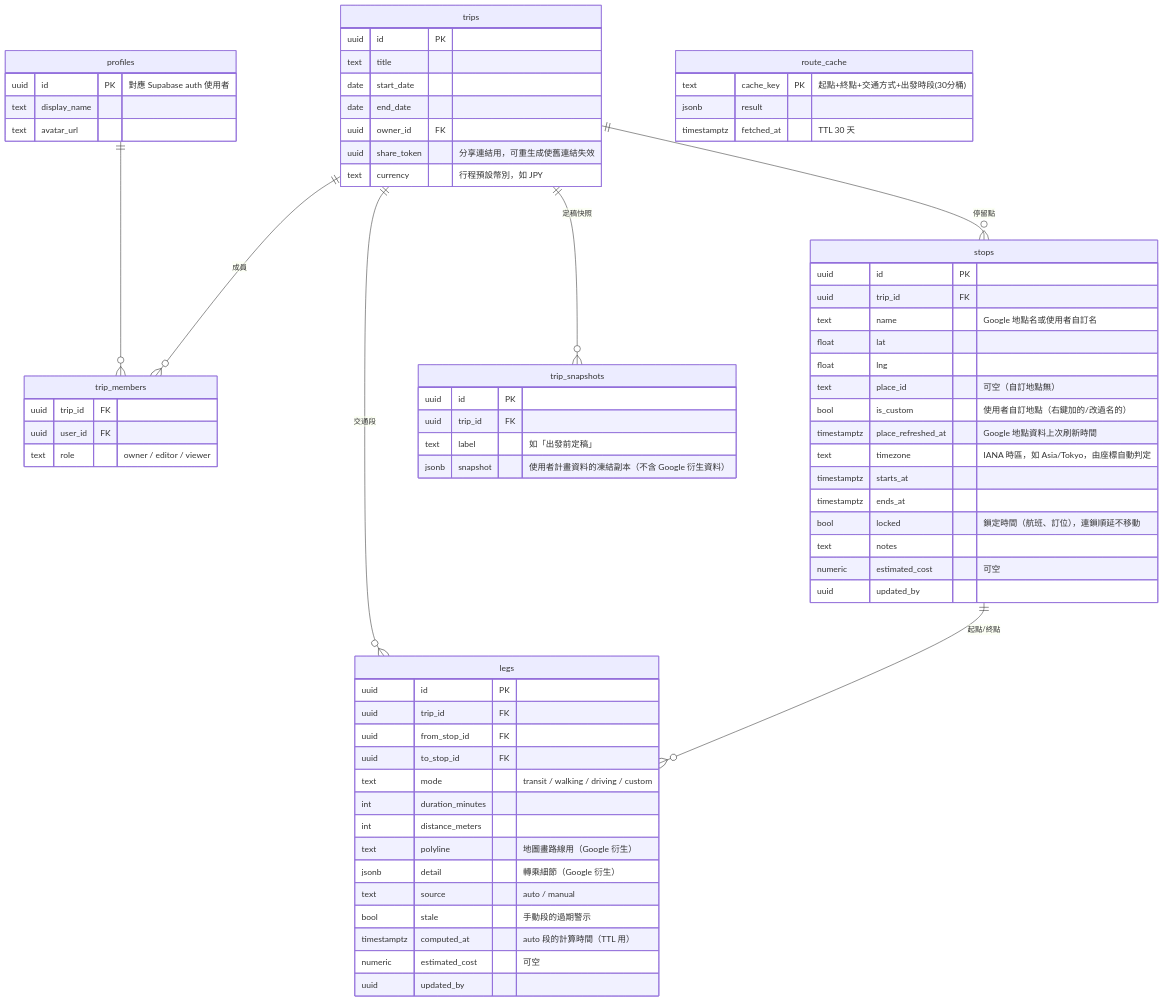
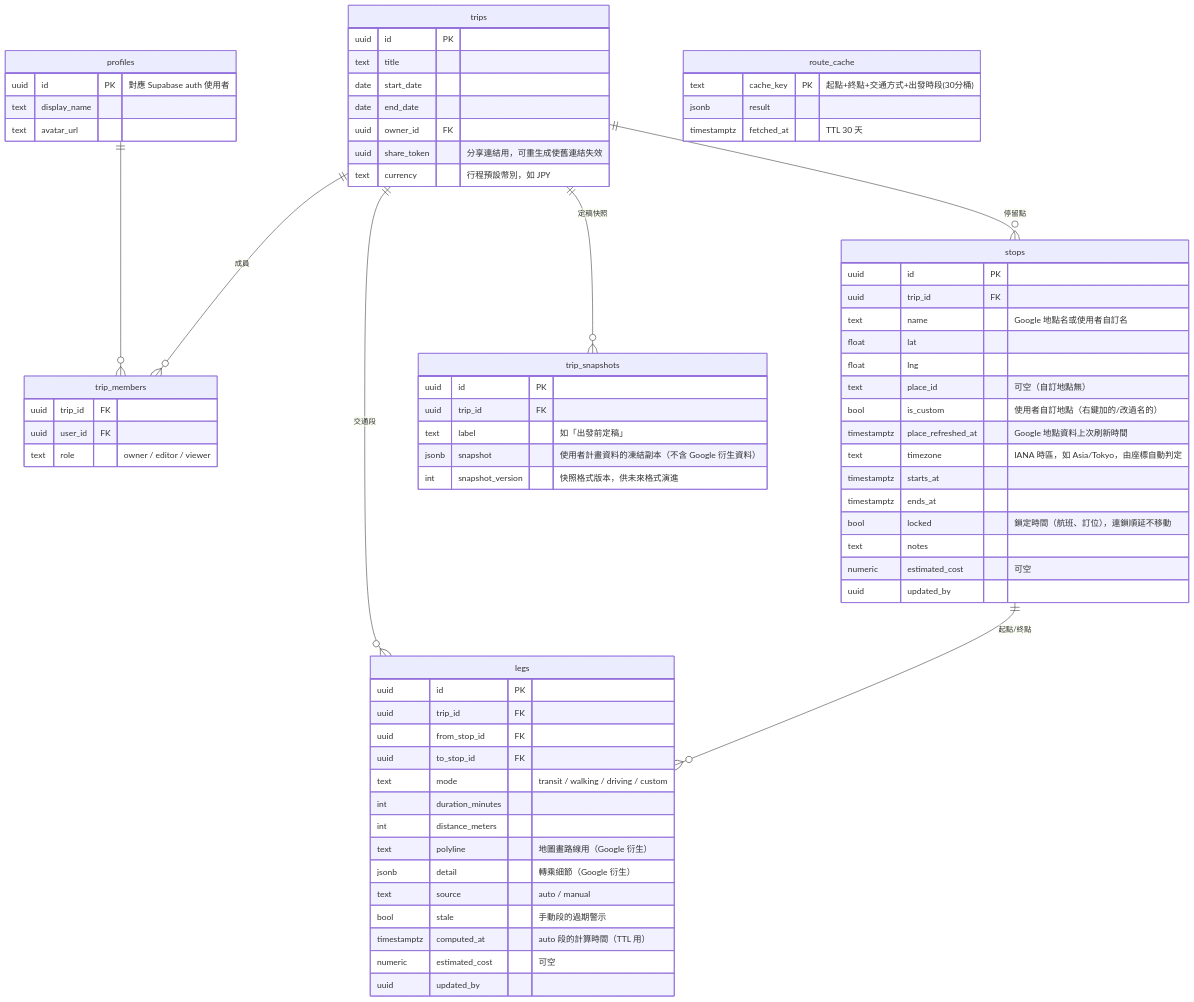
One commit to ken19960728ken/travel-planner changed the second of 3 diagrams in docs/superpowers/specs/2026-07-30-travel-planner-design.md. Above: the diagram before and after it, drawn with Mermaid. The commit also changed other lines of this file, not shown here.

Commit message:
docs: spec 補 schema 硬化決策與殘留風險

````diff
--- a/docs/superpowers/specs/2026-07-30-travel-planner-design.md
+++ b/docs/superpowers/specs/2026-07-30-travel-planner-design.md
@@ -91,73 +91,74 @@
 ```mermaid
 erDiagram
     profiles ||--o{ trip_members : ""
     trips ||--o{ trip_members : "成員"
     trips ||--o{ stops : "停留點"
     trips ||--o{ legs : "交通段"
     trips ||--o{ trip_snapshots : "定稿快照"
     stops ||--o{ legs : "起點/終點"
 
     profiles {
         uuid id PK "對應 Supabase auth 使用者"
         text display_name
         text avatar_url
     }
     trips {
         uuid id PK
         text title
         date start_date
         date end_date
         uuid owner_id FK
         uuid share_token "分享連結用，可重生成使舊連結失效"
         text currency "行程預設幣別，如 JPY"
     }
     trip_members {
         uuid trip_id FK
         uuid user_id FK
         text role "owner / editor / viewer"
     }
     stops {
         uuid id PK
         uuid trip_id FK
         text name "Google 地點名或使用者自訂名"
         float lat
         float lng
         text place_id "可空（自訂地點無）"
         bool is_custom "使用者自訂地點（右鍵加的/改過名的）"
         timestamptz place_refreshed_at "Google 地點資料上次刷新時間"
         text timezone "IANA 時區，如 Asia/Tokyo，由座標自動判定"
         timestamptz starts_at
         timestamptz ends_at
         bool locked "鎖定時間（航班、訂位），連鎖順延不移動"
         text notes
         numeric estimated_cost "可空"
         uuid updated_by
     }
     legs {
         uuid id PK
         uuid trip_id FK
         uuid from_stop_id FK
         uuid to_stop_id FK
         text mode "transit / walking / driving / custom"
         int duration_minutes
         int distance_meters
         text polyline "地圖畫路線用（Google 衍生）"
         jsonb detail "轉乘細節（Google 衍生）"
         text source "auto / manual"
         bool stale "手動段的過期警示"
         timestamptz computed_at "auto 段的計算時間（TTL 用）"
         numeric estimated_cost "可空"
         uuid updated_by
     }
     trip_snapshots {
         uuid id PK
         uuid trip_id FK
         text label "如「出發前定稿」"
         jsonb snapshot "使用者計畫資料的凍結副本（不含 Google 衍生資料）"
+        int snapshot_version "快照格式版本，供未來格式演進"
     }
     route_cache {
         text cache_key PK "起點+終點+交通方式+出發時段(30分桶)"
         jsonb result
         timestamptz fetched_at "TTL 30 天"
     }
 ```
````
